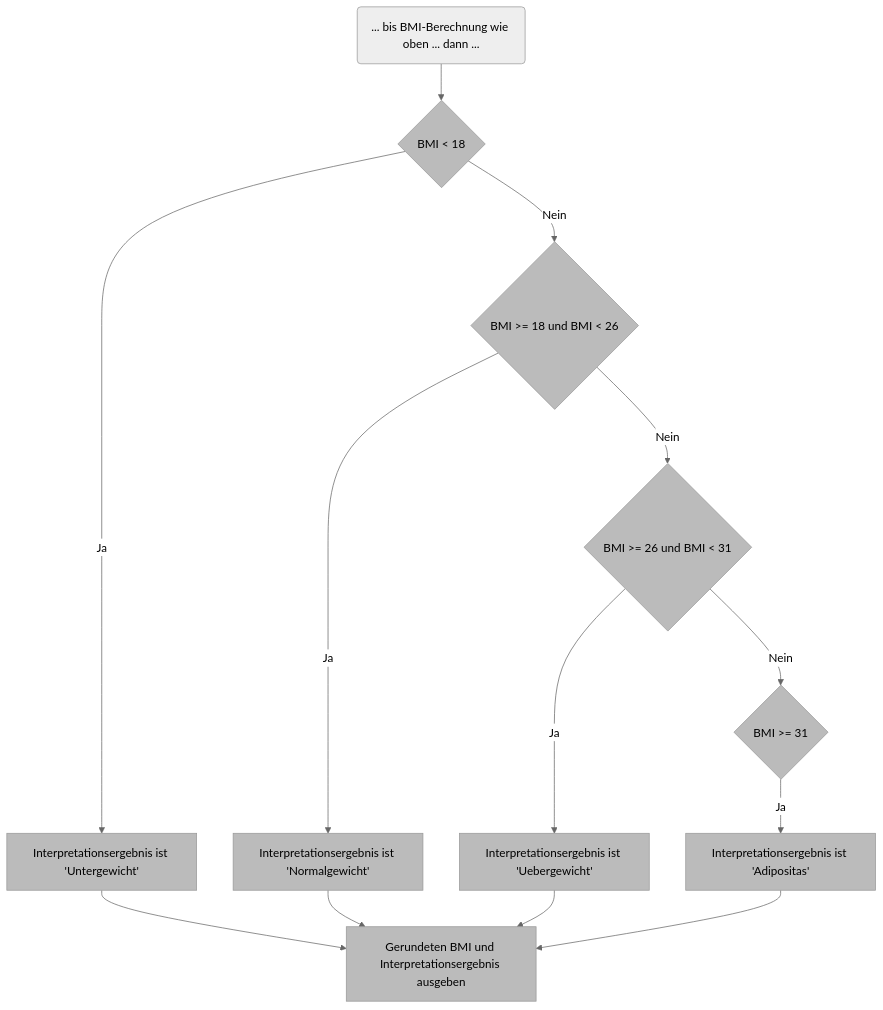
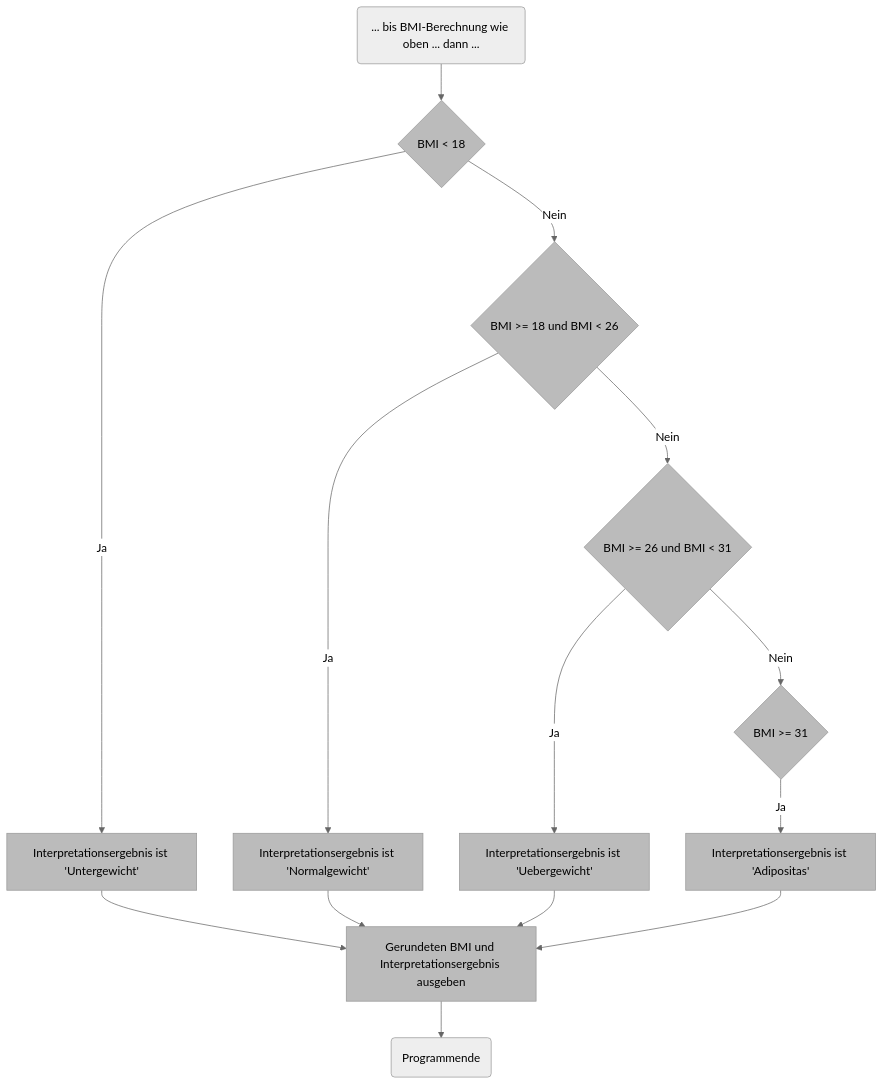
The third of 3 diagrams in BMI/README.md (clander/voprogrammieren), drawn with Mermaid (neutral theme) before and after one commit. The commit also changed other lines of this file, not shown here.

Commit message:
Fuer Script angepasst

````diff
--- a/BMI/README.md
+++ b/BMI/README.md
@@ -152,20 +153,22 @@
 ```mermaid
 flowchart TD
     A(... bis BMI-Berechnung wie oben ... dann ...) --> J{BMI < 18}
     J:::neu -- Ja --> K[Interpretationsergebnis ist 'Untergewicht']:::neu
     K --> R:::neu
 
     J -- Nein --> L{BMI >= 18 und BMI < 26}
     L -- Ja --> M[Interpretationsergebnis ist 'Normalgewicht']:::neu
     L:::neu -- Nein --> N:::neu
     
     M --> R
     N{BMI >= 26 und BMI < 31} -- Ja --> O[Interpretationsergebnis ist 'Uebergewicht']
     O:::neu --> R
     N -- Nein --> P
 
     P{BMI >= 31}:::neu -- Ja --> Q[Interpretationsergebnis ist 'Adipositas']:::neu
     Q --> R[Gerundeten BMI und Interpretationsergebnis ausgeben]:::neu
 
+    R --> S(Programmende)
+
     classDef neu fill:#bbb
 ```
````
